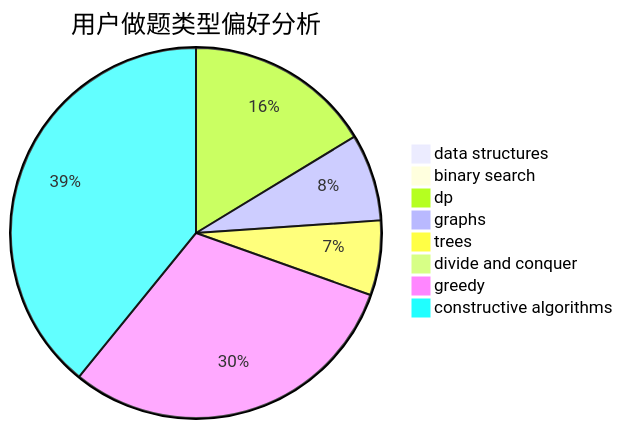
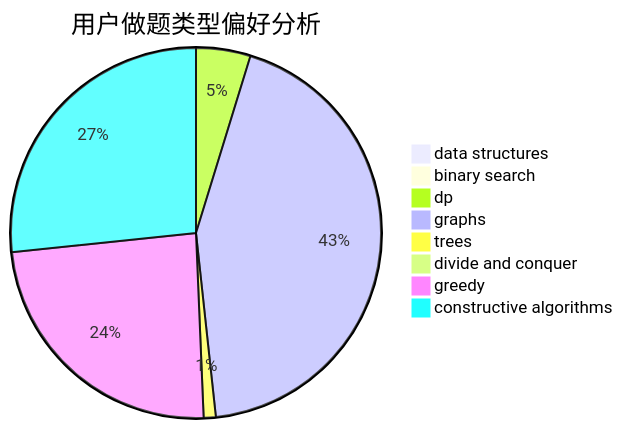
The second of 3 diagrams in docs/user/u2619.md (sherpahu/cfrs.github.io), drawn with Mermaid before and after one commit. The commit also changed other lines of this file and 2770 other files, not shown here.

````diff
--- a/docs/user/u2619.md
+++ b/docs/user/u2619.md
@@ -23,11 +23,11 @@
 ```mermaid
 pie title 用户做题类型偏好分析
     "data structures" :  0
-    "binary search" :  0
-    "dp" :  15
-    "graphs" :  7
-    "trees" :  6
+    "binary search" :  1
+    "dp" :  18
+    "graphs" :  165
+    "trees" :  4
     "divide and conquer" :  0
-    "greedy" :  28
-    "constructive algorithms" :  36
+    "greedy" :  91
+    "constructive algorithms" :  101
 ```
````
